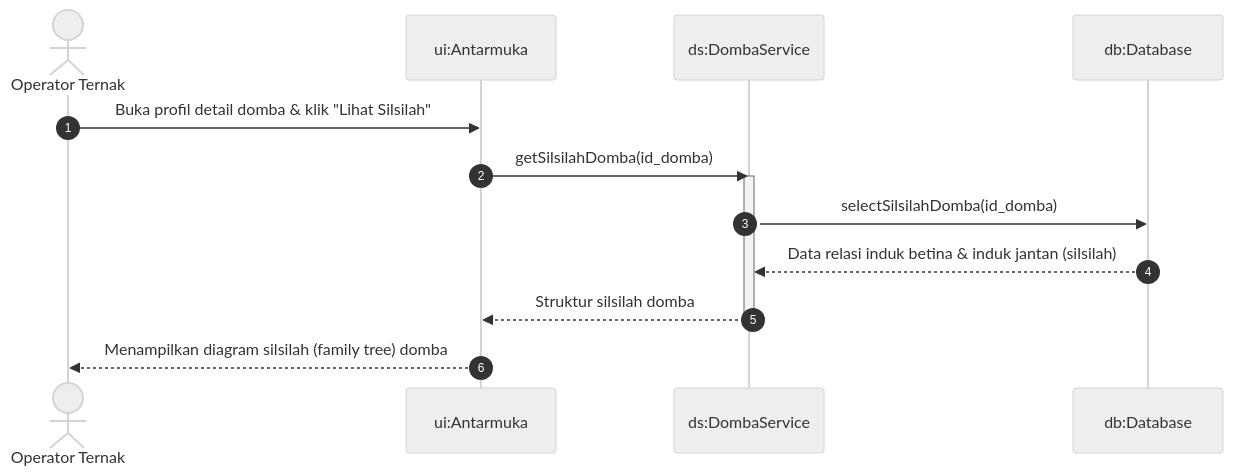
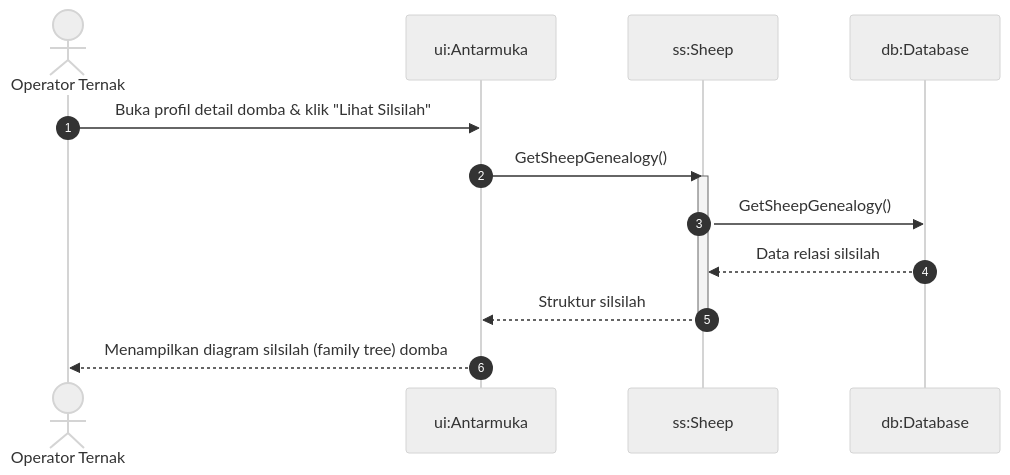
One commit to MuhammadHamidy/Farmease changed the ninth of 11 diagrams in docs/livestock_module_sequence_diagrams.md. Above: the diagram before and after it, drawn with Mermaid (neutral theme). The commit also changed other lines of this file and 299 other files, not shown here.

````diff
--- a/docs/livestock_module_sequence_diagrams.md
+++ b/docs/livestock_module_sequence_diagrams.md
@@ -254,17 +237,17 @@
 ```mermaid
 sequenceDiagram
     autonumber
     actor Operator as Operator Ternak
     participant UI as ui:Antarmuka
-    participant DS as ds:DombaService
+    participant SS as ss:Sheep
     participant DB as db:Database
 
     Operator->>UI: Buka profil detail domba & klik "Lihat Silsilah"
-    UI->>DS: getSilsilahDomba(id_domba)
-    activate DS
-    DS->>DB: selectSilsilahDomba(id_domba)
-    DB-->>DS: Data relasi induk betina & induk jantan (silsilah)
-    DS-->>UI: Struktur silsilah domba
-    deactivate DS
+    UI->>SS: GetSheepGenealogy()
+    activate SS
+    SS->>DB: GetSheepGenealogy()
+    DB-->>SS: Data relasi silsilah
+    SS-->>UI: Struktur silsilah
+    deactivate SS
     UI-->>Operator: Menampilkan diagram silsilah (family tree) domba
 ```
````
